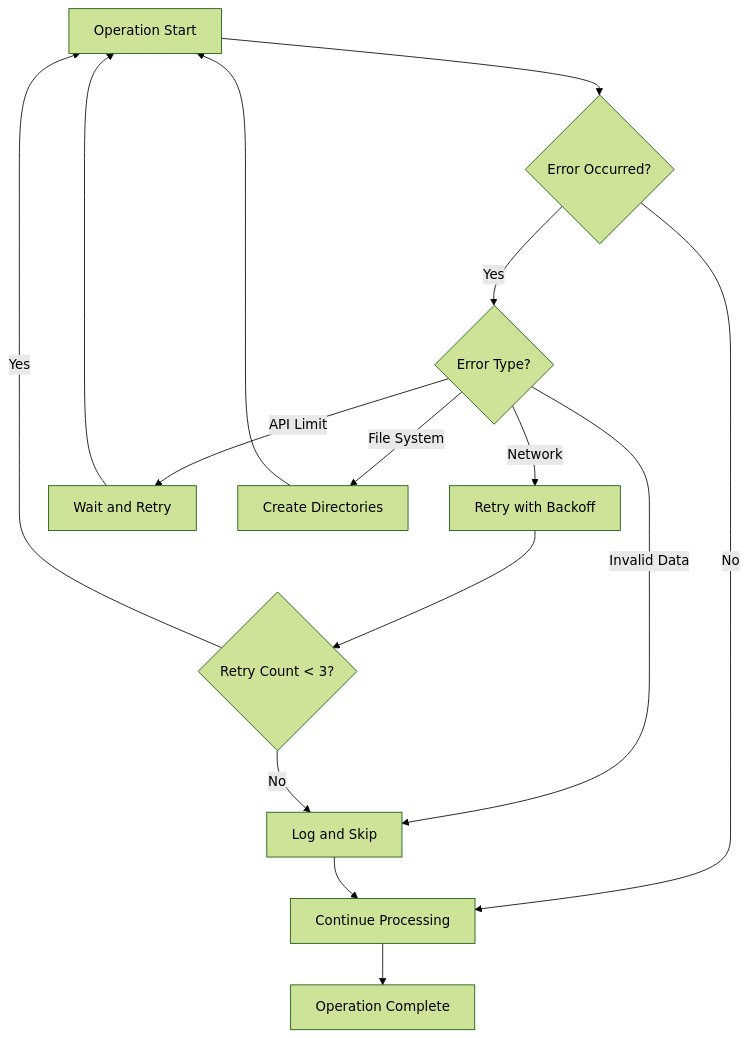
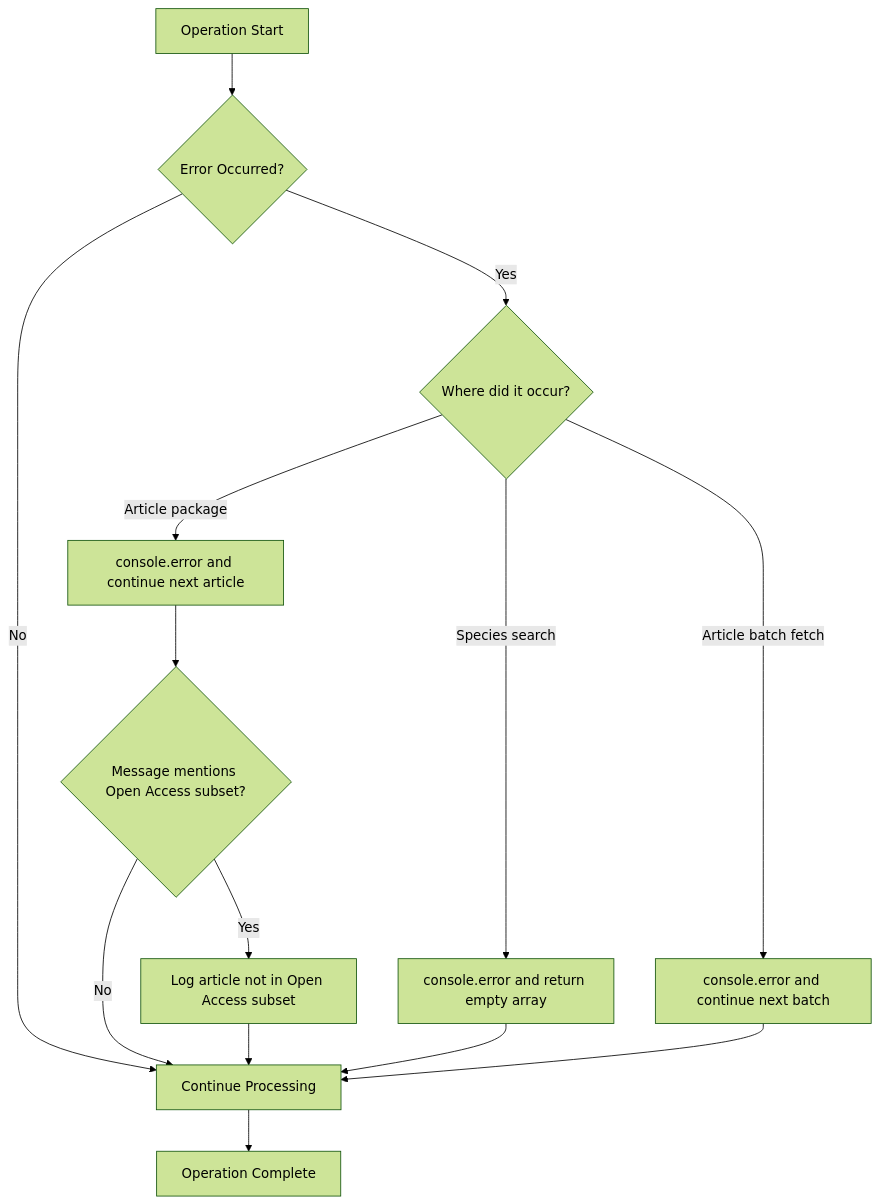
The seventh of 10 diagrams in docs/architecture/index.md (AlexJSully/Publication-Figure-Retrieval), drawn with Mermaid (forest theme) before and after one commit. The commit also changed other lines of this file and 10 other files, not shown here.

````diff
--- a/docs/architecture/index.md
+++ b/docs/architecture/index.md
@@ -222,17 +240,19 @@
 ```mermaid
 graph TD
+    accTitle: Error Handling and Continuation Flow
+    accDescr: When an operation runs, the tool checks whether an error occurred. If not, processing continues. If an error occurs, the tool classifies where it happened. A species search error is logged with console.error and returns an empty array. An article batch fetch error is logged and processing continues with the next batch. An article package error is logged and processing continues with the next article, with an extra log when the message mentions the Open Access subset. The tool does not retry or apply backoff.
+
     A[Operation Start] --> B{Error Occurred?}
     B -->|No| C[Continue Processing]
-    B -->|Yes| D{Error Type?}
-    D -->|Network| E[Retry with Backoff]
-    D -->|API Limit| F[Wait and Retry]
-    D -->|Invalid Data| G[Log and Skip]
-    D -->|File System| H[Create Directories]
-    E --> I{Retry Count < 3?}
-    I -->|Yes| A
-    I -->|No| G
-    F --> A
-    G --> C
-    H --> A
+    B -->|Yes| D{Where did it occur?}
+    D -->|Species search| E[console.error and return empty array]
+    D -->|Article batch fetch| F[console.error and continue next batch]
+    D -->|Article package| G[console.error and continue next article]
+    G --> H{Message mentions Open Access subset?}
+    H -->|Yes| I[Log article not in Open Access subset]
+    H -->|No| C
+    I --> C
+    E --> C
+    F --> C
     C --> J[Operation Complete]
 ```
````
